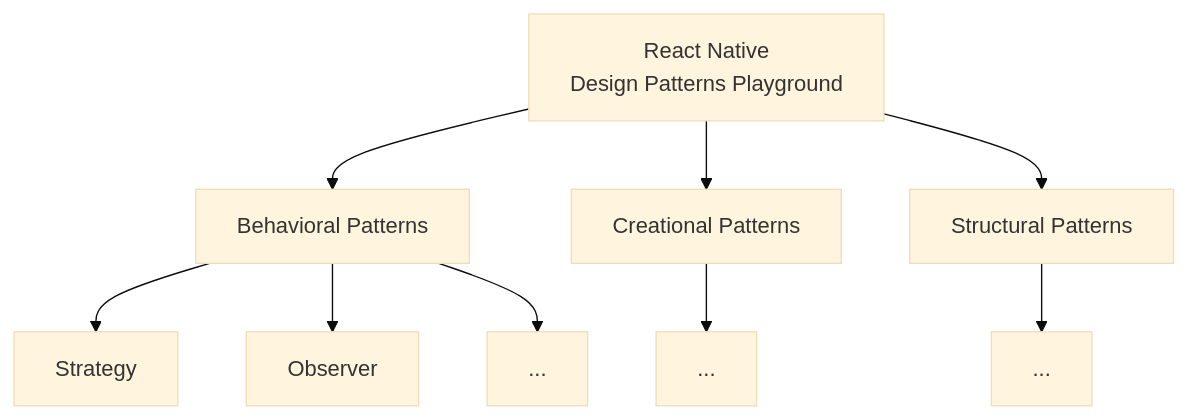
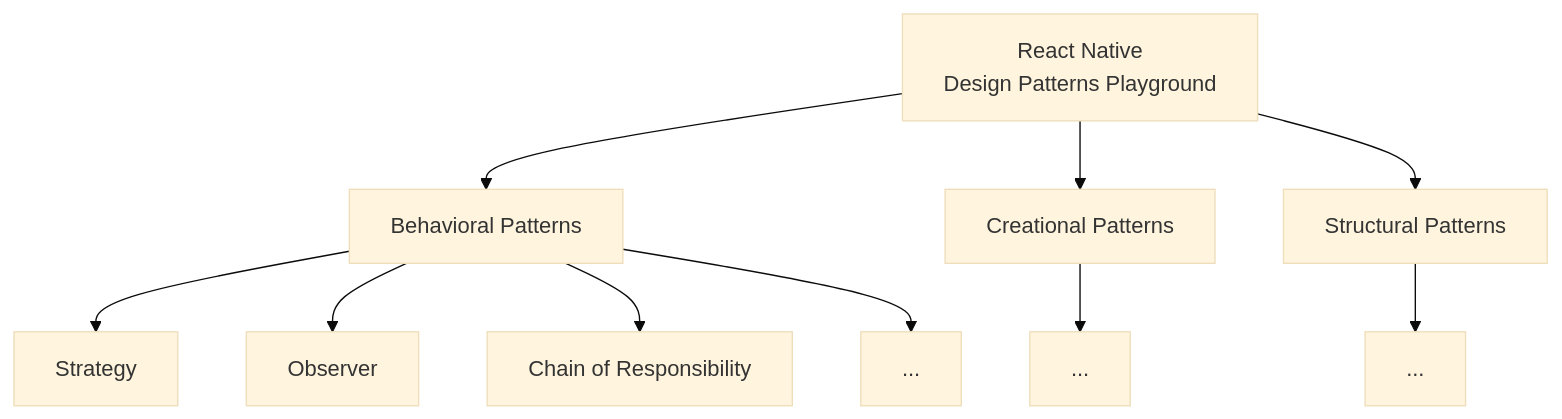
One commit to sallySalem/react-native-pattern-playground changed the diagram in README.md. Above: the diagram before and after it, drawn with Mermaid (base theme). The commit also changed other lines of this file and 13 other files, not shown here.

First line of the commit message:
Chain of responsibility (#6)

````diff
--- a/README.md
+++ b/README.md
@@ -28,27 +28,28 @@
 ```mermaid
 graph TD
     A["React Native<br/>Design Patterns Playground"]
     A --> B["Behavioral Patterns"]
     A --> C["Creational Patterns"]
     A --> D["Structural Patterns"]
     B --> B1["Strategy"]
     B --> B2["Observer"]
-    B --> B3["..."]
+    B --> B3["Chain of Responsibility"]
+    B --> B4["..."]
 %%    B --> B3["Command"]
 %%    B --> B4["State"]
 %%    B --> B5["Chain of Responsibility"]
     C --> C1["..."]
 %%    C --> C1["Factory Method"]
 %%    C --> C2["Abstract Factory"]
 %%    C --> C3["Builder"]
 %%    C --> C4["Prototype"]
 %%    C --> C5["Singleton"]
     D --> D1["..."]
 %%    D --> D1["Adapter"]
 %%    D --> D2["Bridge"]
 %%    D --> D3["Composite"]
 %%    D --> D4["Decorator"]
 %%    D --> D5["Facade"]
 %%    D --> D6["Proxy"]
 
 ```
````
